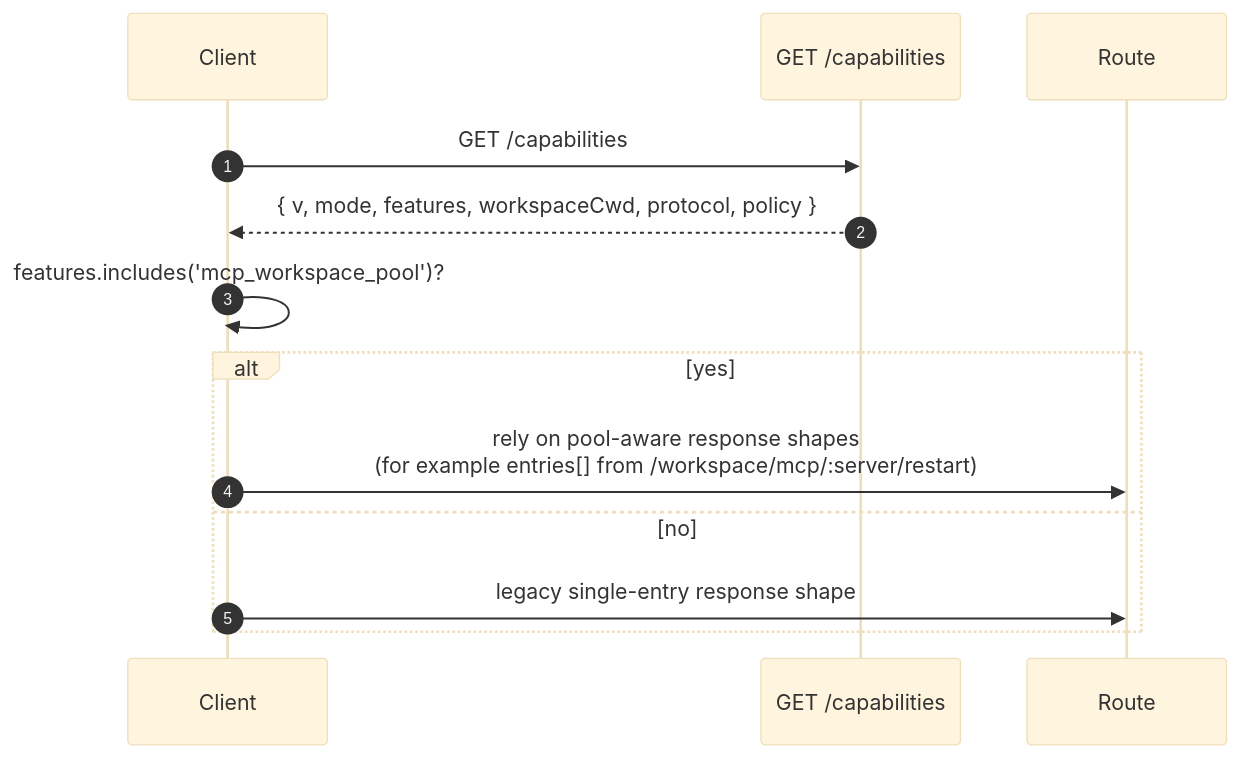
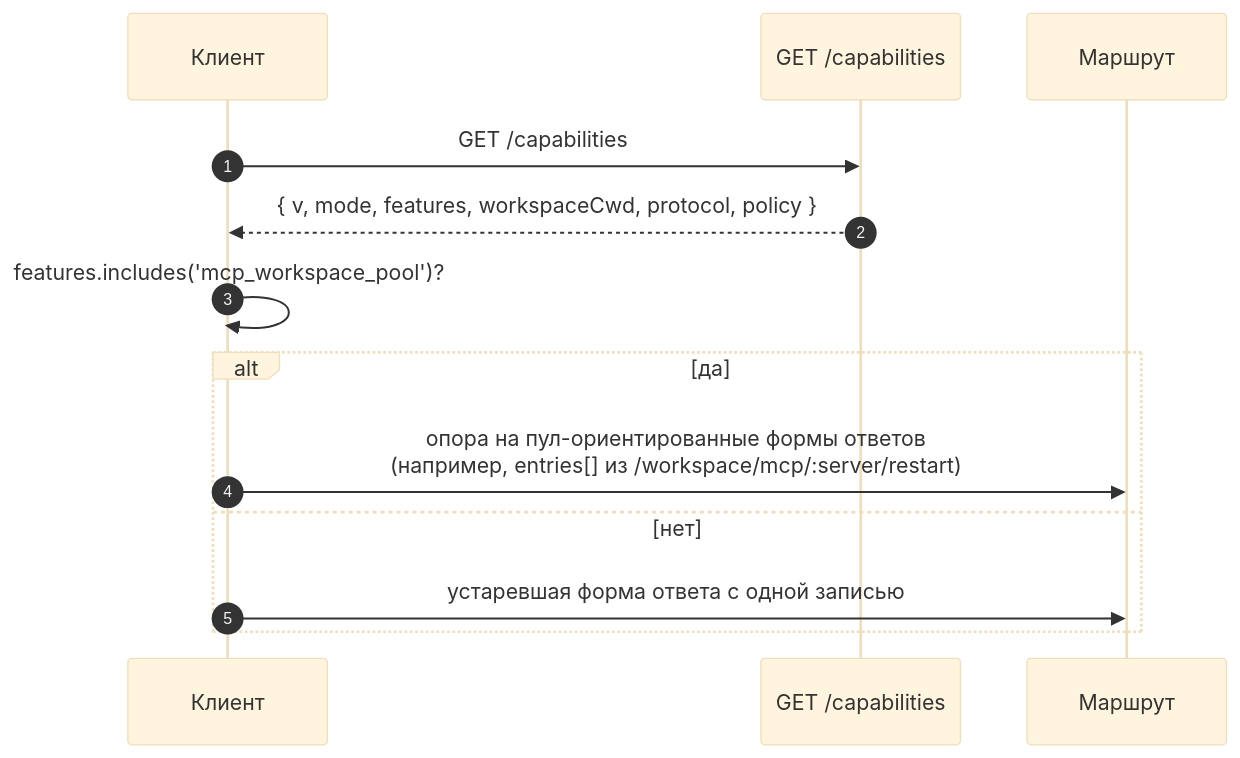
The second of 2 diagrams in website/content/ru/developers/daemon/11-capabilities-versioning.md (QwenLM/qwen-code-docs), drawn with Mermaid (base theme) before and after one commit. The commit also changed other lines of this file and 162 other files, not shown here.

````diff
--- a/website/content/ru/developers/daemon/11-capabilities-versioning.md
+++ b/website/content/ru/developers/daemon/11-capabilities-versioning.md
@@ -132,16 +142,16 @@
 ```mermaid
 sequenceDiagram
     autonumber
-    participant C as Client
+    participant C as Клиент
     participant D as GET /capabilities
-    participant R as Route
+    participant R as Маршрут
 
     C->>D: GET /capabilities
     D-->>C: { v, mode, features, workspaceCwd, protocol, policy }
     C->>C: features.includes('mcp_workspace_pool')?
-    alt yes
-        C->>R: rely on pool-aware response shapes<br/>(for example entries[] from /workspace/mcp/:server/restart)
-    else no
-        C->>R: legacy single-entry response shape
+    alt да
+        C->>R: опора на пул-ориентированные формы ответов<br/>(например, entries[] из /workspace/mcp/:server/restart)
+    else нет
+        C->>R: устаревшая форма ответа с одной записью
     end
 ```
````
